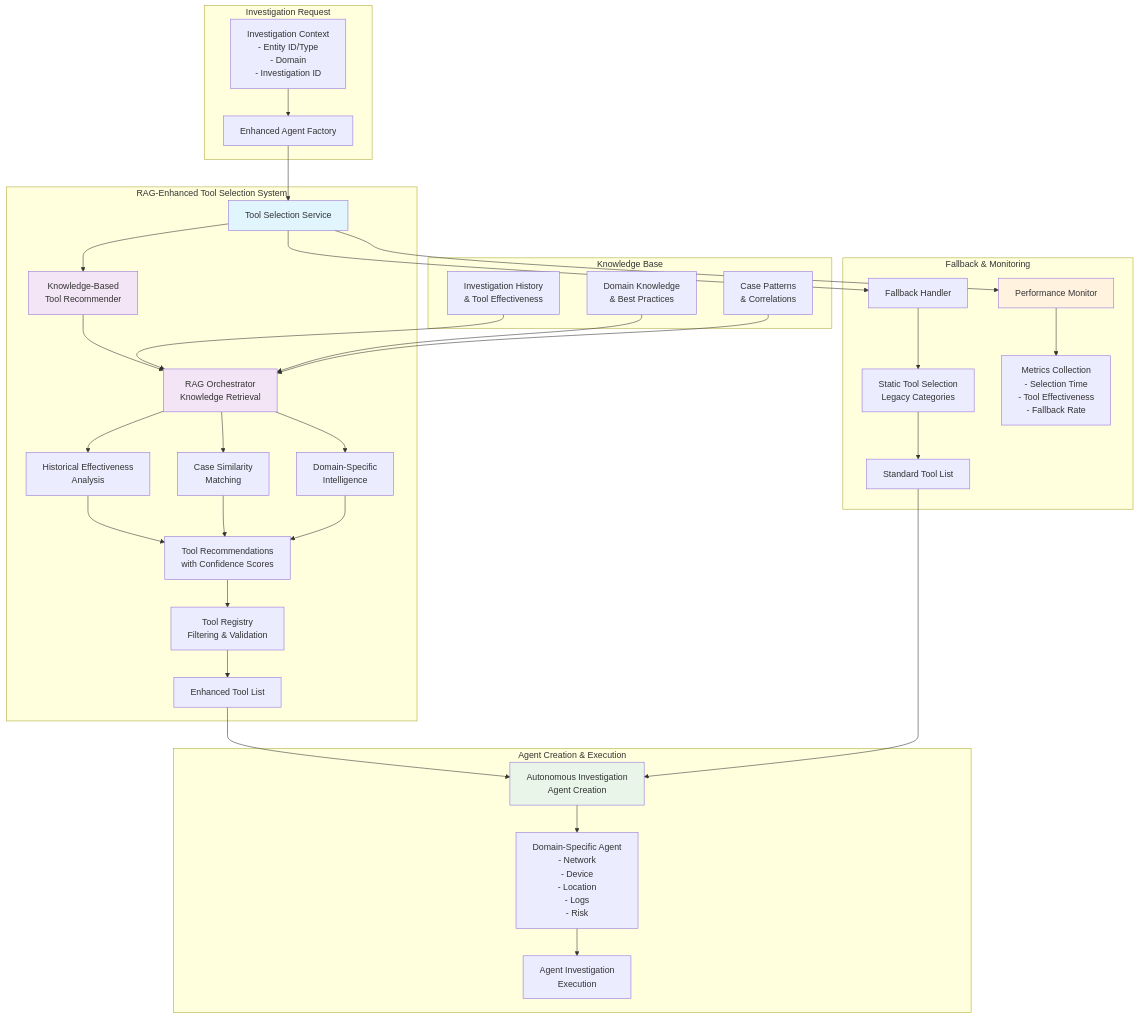
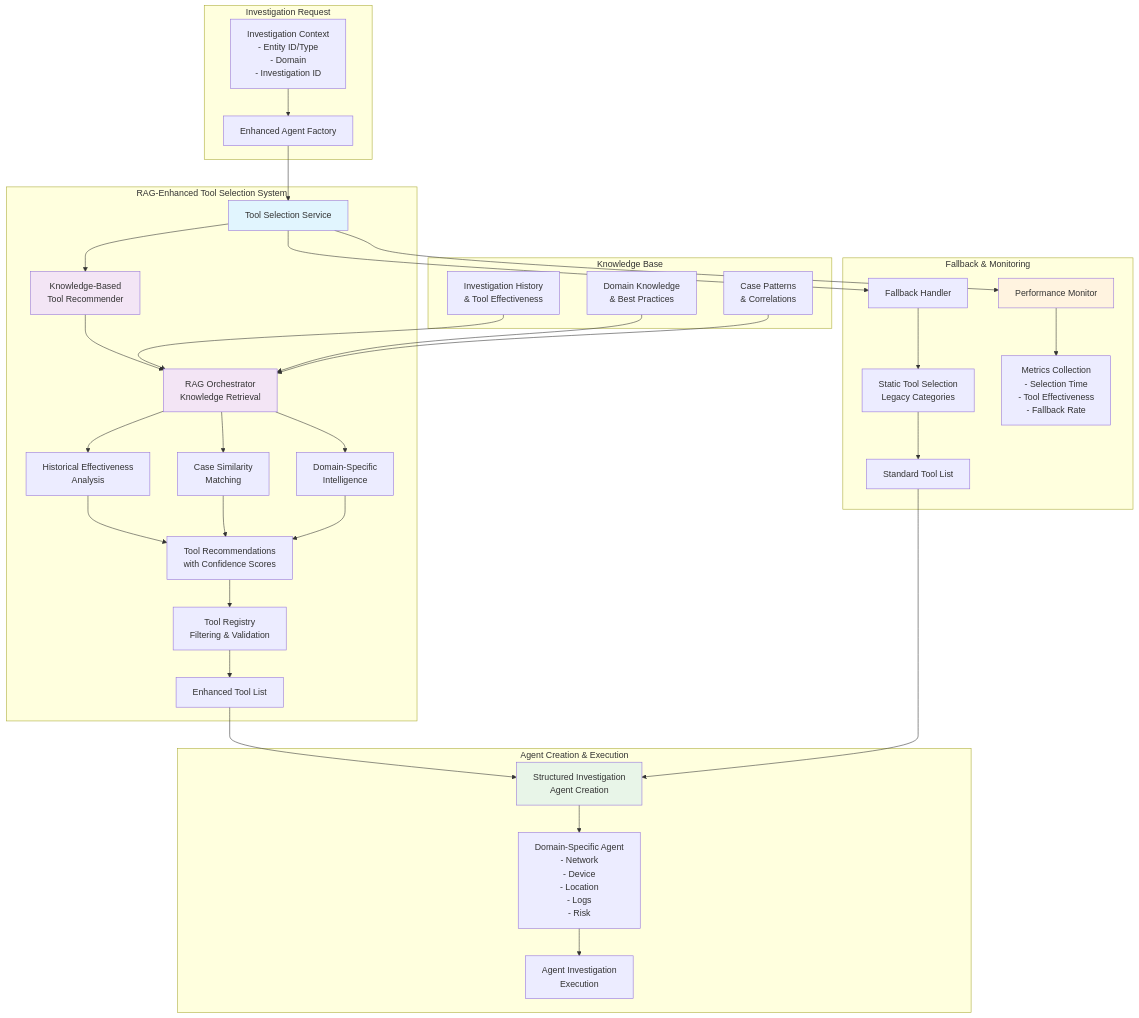
The first of 6 diagrams in docs/diagrams/rag-enhanced-tool-selection-architecture-2025-01-04.md (Olorin-ai-git/Bayit-Plus), drawn with Mermaid before and after one commit. The commit also changed other lines of this file and 703 other files, not shown here.

````diff
--- a/docs/diagrams/rag-enhanced-tool-selection-architecture-2025-01-04.md
+++ b/docs/diagrams/rag-enhanced-tool-selection-architecture-2025-01-04.md
@@ -9,50 +9,50 @@
 ```mermaid
 graph TB
     subgraph "Investigation Request"
         A[Investigation Context<br/>- Entity ID/Type<br/>- Domain<br/>- Investigation ID] --> B[Enhanced Agent Factory]
     end
 
     subgraph "RAG-Enhanced Tool Selection System"
         B --> C[Tool Selection Service]
         C --> D[Knowledge-Based<br/>Tool Recommender]
         D --> E[RAG Orchestrator<br/>Knowledge Retrieval]
         E --> F[Historical Effectiveness<br/>Analysis]
         E --> G[Case Similarity<br/>Matching]
         E --> H[Domain-Specific<br/>Intelligence]
         
         F --> I[Tool Recommendations<br/>with Confidence Scores]
         G --> I
         H --> I
         
         I --> J[Tool Registry<br/>Filtering & Validation]
         J --> K[Enhanced Tool List]
     end
 
     subgraph "Agent Creation & Execution"
-        K --> L[Autonomous Investigation<br/>Agent Creation]
+        K --> L[Structured Investigation<br/>Agent Creation]
         L --> M[Domain-Specific Agent<br/>- Network<br/>- Device<br/>- Location<br/>- Logs<br/>- Risk]
         M --> N[Agent Investigation<br/>Execution]
     end
 
     subgraph "Fallback & Monitoring"
         C --> O[Fallback Handler]
         O --> P[Static Tool Selection<br/>Legacy Categories]
         P --> Q[Standard Tool List]
         Q --> L
         
         C --> R[Performance Monitor]
         R --> S[Metrics Collection<br/>- Selection Time<br/>- Tool Effectiveness<br/>- Fallback Rate]
     end
 
     subgraph "Knowledge Base"
         T[Investigation History<br/>& Tool Effectiveness] --> E
         U[Domain Knowledge<br/>& Best Practices] --> E
         V[Case Patterns<br/>& Correlations] --> E
     end
 
     style C fill:#e1f5fe
     style D fill:#f3e5f5
     style E fill:#f3e5f5
     style L fill:#e8f5e8
     style R fill:#fff3e0
 ```
````
